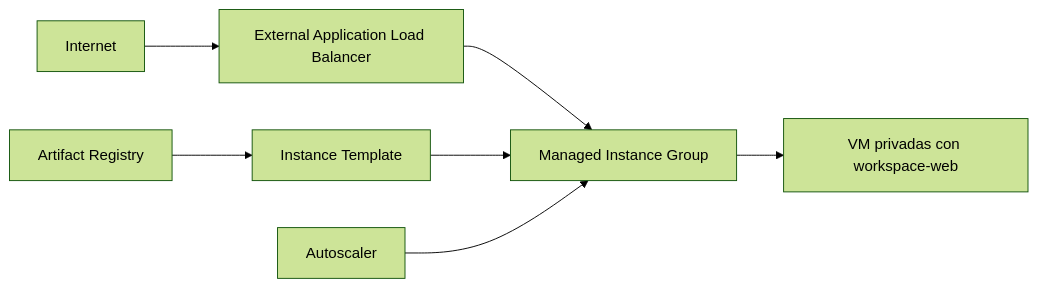
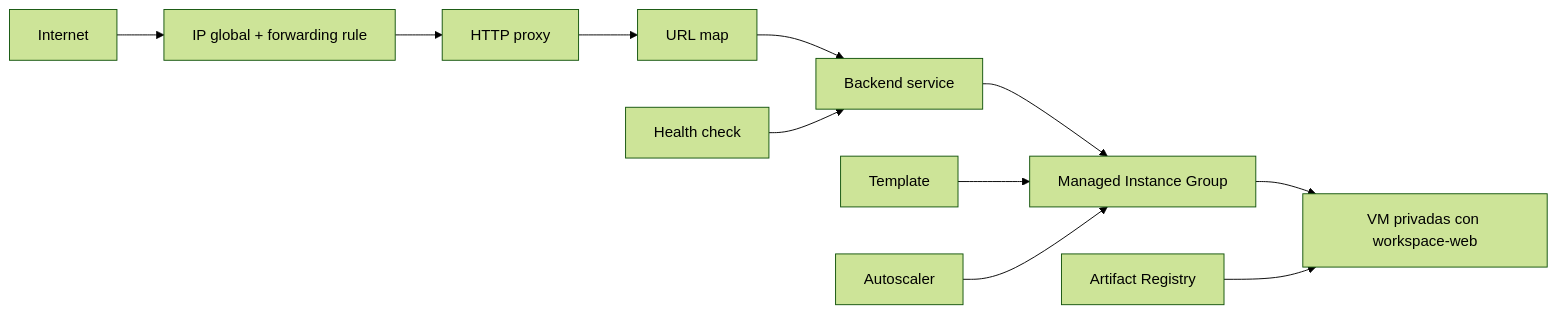
One commit to danielmarquisg/gcp-infra-foundation changed the diagram in README.md. Above: the diagram before and after it, drawn with Mermaid (forest theme). The commit also changed other lines of this file, not shown here.

Commit message:
docs: update architecture and project status (#23)

````diff
--- a/README.md
+++ b/README.md
@@ -9,9 +9,13 @@
 ```mermaid
 flowchart LR
-    Internet --> LB[External Application Load Balancer]
-    LB --> MIG[Managed Instance Group]
-    AR[Artifact Registry] --> Template[Instance Template]
+    Internet --> Frontend[IP global + forwarding rule]
+    Frontend --> Proxy[HTTP proxy]
+    Proxy --> Routes[URL map]
+    Routes --> Backend[Backend service]
+    Backend --> MIG[Managed Instance Group]
+    Health[Health check] --> Backend
     Template --> MIG
     Autoscaler --> MIG
     MIG --> VMs[VM privadas con workspace-web]
+    AR[Artifact Registry] --> VMs
 ```
````
